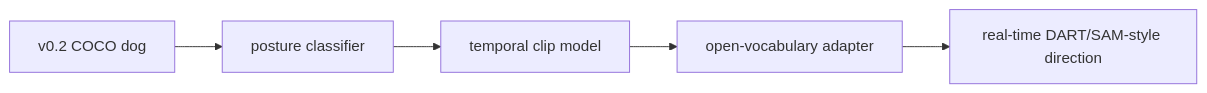
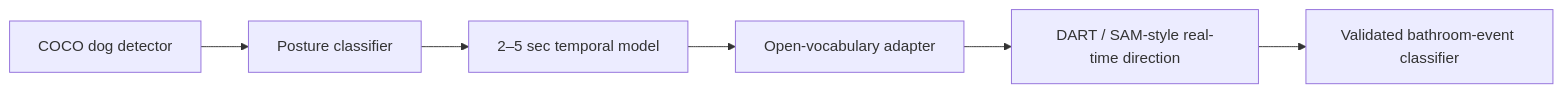
The fifth of 6 diagrams in watch-dog/README.md (sonoxo/gpt-doug-llm), drawn with Mermaid before and after one commit. The commit also changed other lines of this file, not shown here.

Commit message:
docs: redesign Watch Dog README with ZYRA infographic and Palantir container

````diff
--- a/watch-dog/README.md
+++ b/watch-dog/README.md
@@ -174,7 +298,8 @@
 ```mermaid
 flowchart LR
-    A["v0.2 COCO dog"] --> B["posture classifier"]
-    B --> C["temporal clip model"]
-    C --> D["open-vocabulary adapter"]
-    D --> E["real-time DART/SAM-style direction"]
+    V1["COCO dog detector"] --> V2["Posture classifier"]
+    V2 --> V3["2–5 sec temporal model"]
+    V3 --> V4["Open-vocabulary adapter"]
+    V4 --> V5["DART / SAM-style real-time direction"]
+    V5 --> V6["Validated bathroom-event classifier"]
 ```
````
